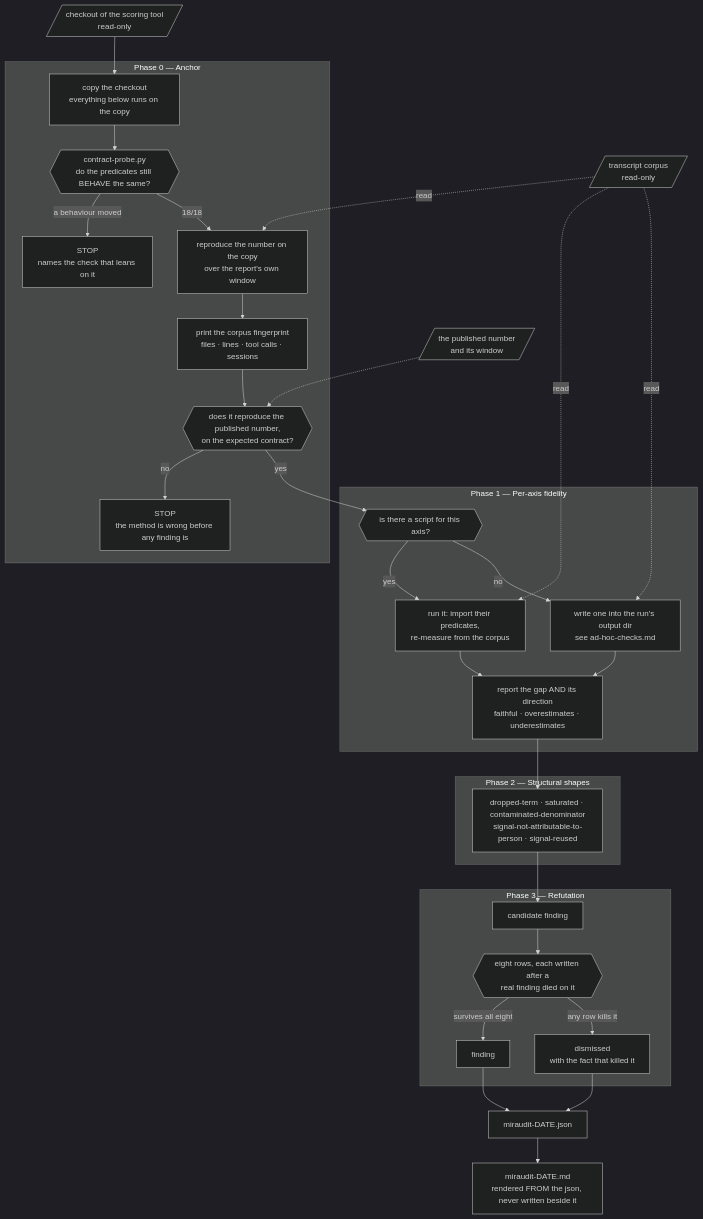
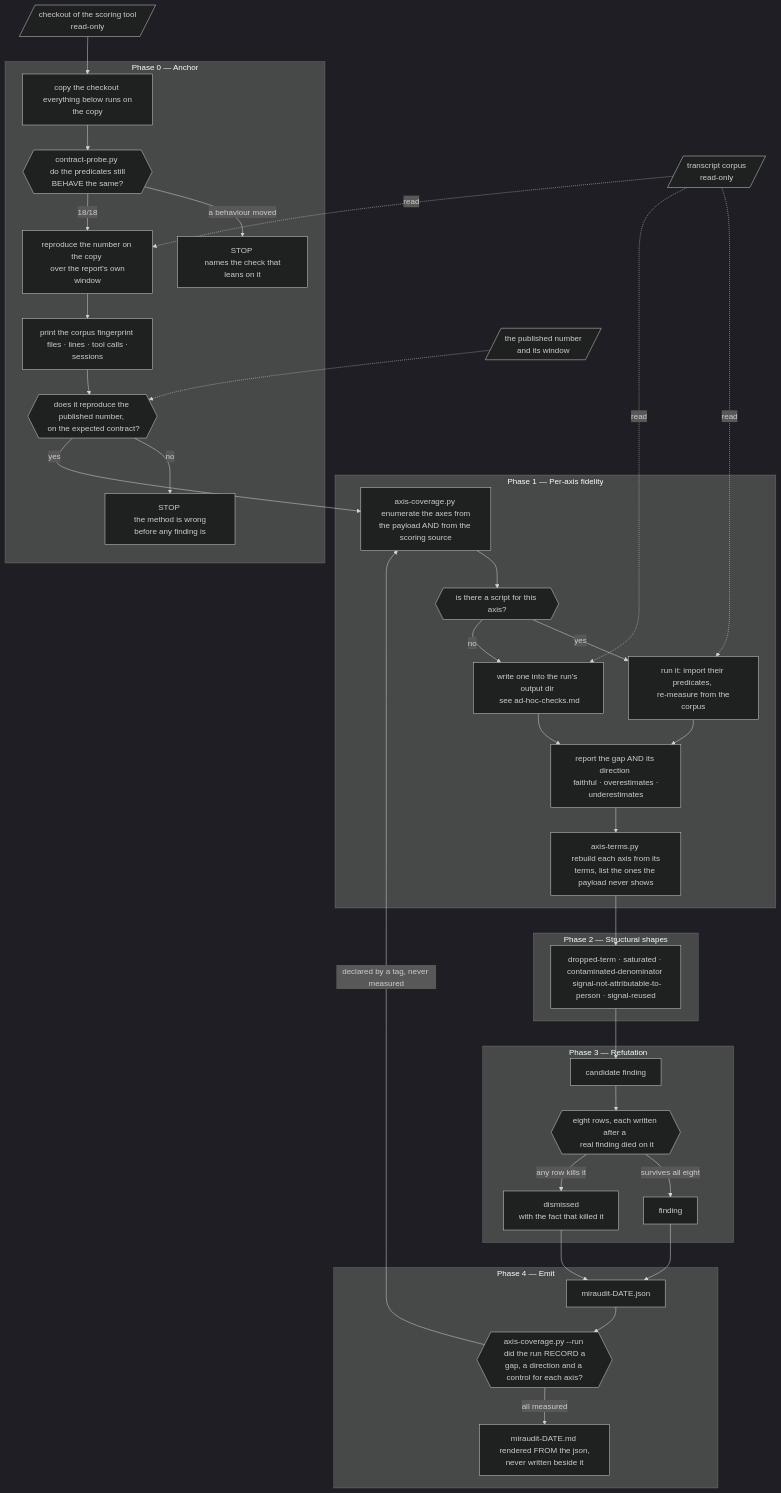
The diagram in skills/miraudit/README.md (xmartlabs/gnomon), drawn with Mermaid (dark theme) before and after one commit. The commit also changed other lines of this file, not shown here.

````diff
--- a/skills/miraudit/README.md
+++ b/skills/miraudit/README.md
@@ -20,48 +26,56 @@
 ```mermaid
 flowchart TD
-    CO[/"checkout of the scoring tool<br/>read-only"/]
-    CORP[/"transcript corpus<br/>read-only"/]
-    PUB[/"the published number<br/>and its window"/]
+    CO[/"checkout of the scoring tool <br/> read-only"/]
+    CORP[/"transcript corpus <br/> read-only"/]
+    PUB[/"the published number <br/> and its window"/]
 
-    CO --> COPY["copy the checkout<br/>everything below runs on the copy"]
+    CO --> COPY["copy the checkout <br/> everything below runs on the copy"]
 
     subgraph P0["Phase 0 — Anchor"]
-        COPY --> PROBE{{"contract-probe.py<br/>do the predicates still BEHAVE the same?"}}
-        PROBE -->|"a behaviour moved"| STOP1["STOP<br/>names the check that leans on it"]
-        PROBE -->|"18/18"| RUN["reproduce the number on the copy<br/>over the report's own window"]
-        RUN --> FP["print the corpus fingerprint<br/>files · lines · tool calls · sessions"]
-        FP --> GATE{{"does it reproduce the published number,<br/>on the expected contract?"}}
-        GATE -->|"no"| STOP2["STOP<br/>the method is wrong before any finding is"]
+        COPY --> PROBE{{"contract-probe.py <br/> do the predicates still BEHAVE the same?"}}
+        PROBE -->|"a behaviour moved"| STOP1["STOP <br/> names the check that leans on it"]
+        PROBE -->|"18/18"| RUN["reproduce the number on the copy <br/> over the report's own window"]
+        RUN --> FP["print the corpus fingerprint <br/> files · lines · tool calls · sessions"]
+        FP --> GATE{{"does it reproduce the published number, <br/> on the expected contract?"}}
+        GATE -->|"no"| STOP2["STOP <br/> the method is wrong before any finding is"]
     end
 
     subgraph P1["Phase 1 — Per-axis fidelity"]
-        HAS{{"is there a script for this axis?"}}
-        HAS -->|"yes"| SCR["run it: import their predicates,<br/>re-measure from the corpus"]
-        HAS -->|"no"| ADHOC["write one into the run's output dir<br/>see ad-hoc-checks.md"]
-        SCR --> DIR["report the gap AND its direction<br/>faithful · overestimates · underestimates"]
+        MAN["axis-coverage.py <br/> enumerate the axes from the payload AND from the scoring source"]
+        MAN --> HAS{{"is there a script for this axis?"}}
+        HAS -->|"yes"| SCR["run it: import their predicates, <br/> re-measure from the corpus"]
+        HAS -->|"no"| ADHOC["write one into the run's output dir <br/> see ad-hoc-checks.md"]
+        SCR --> DIR["report the gap AND its direction <br/> faithful · overestimates · underestimates"]
         ADHOC --> DIR
+        DIR --> TERMS["axis-terms.py <br/> rebuild each axis from its terms, list the ones the payload never shows"]
     end
 
     subgraph P2["Phase 2 — Structural shapes"]
-        SHAPES["dropped-term · saturated · contaminated-denominator<br/>signal-not-attributable-to-person · signal-reused"]
+        SHAPES["dropped-term · saturated · contaminated-denominator <br/> signal-not-attributable-to-person · signal-reused"]
     end
 
     subgraph P3["Phase 3 — Refutation"]
-        CAND["candidate finding"] --> ROWS{{"eight rows, each written after a<br/>real finding died on it"}}
+        CAND["candidate finding"] --> ROWS{{"eight rows, each written after a <br/> real finding died on it"}}
         ROWS -->|"survives all eight"| KEEP["finding"]
-        ROWS -->|"any row kills it"| DEAD["dismissed<br/>with the fact that killed it"]
+        ROWS -->|"any row kills it"| DEAD["dismissed <br/> with the fact that killed it"]
     end
 
-    GATE -->|"yes"| HAS
-    DIR --> SHAPES
+    subgraph P4["Phase 4 — Emit"]
+        JSON["miraudit-DATE.json"]
+        JSON --> BIND{{"axis-coverage.py --run <br/> did the run RECORD a gap, a direction and a control for each axis?"}}
+        BIND -->|"declared by a tag, never measured"| MAN
+        BIND -->|"all measured"| MD["miraudit-DATE.md <br/> rendered FROM the json, never written beside it"]
+    end
+
+    GATE -->|"yes"| MAN
+    TERMS --> SHAPES
     SHAPES --> CAND
 
-    KEEP --> JSON["miraudit-DATE.json"]
+    KEEP --> JSON
     DEAD --> JSON
-    JSON --> MD["miraudit-DATE.md<br/>rendered FROM the json, never written beside it"]
 
     CORP -.->|"read"| RUN
     CORP -.->|"read"| SCR
     CORP -.->|"read"| ADHOC
     PUB -.-> GATE
 ```
````
